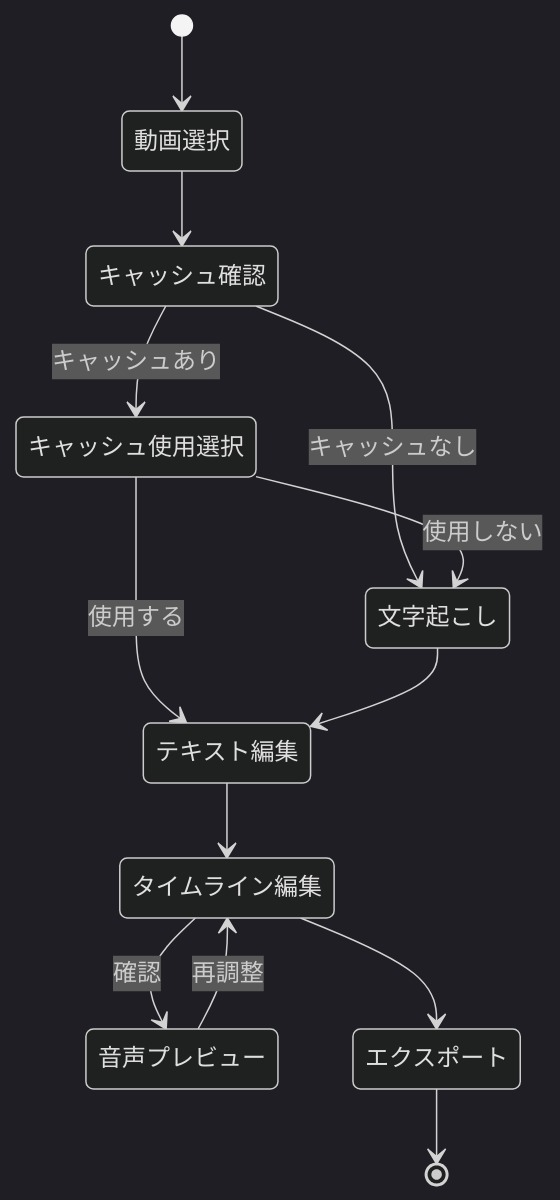
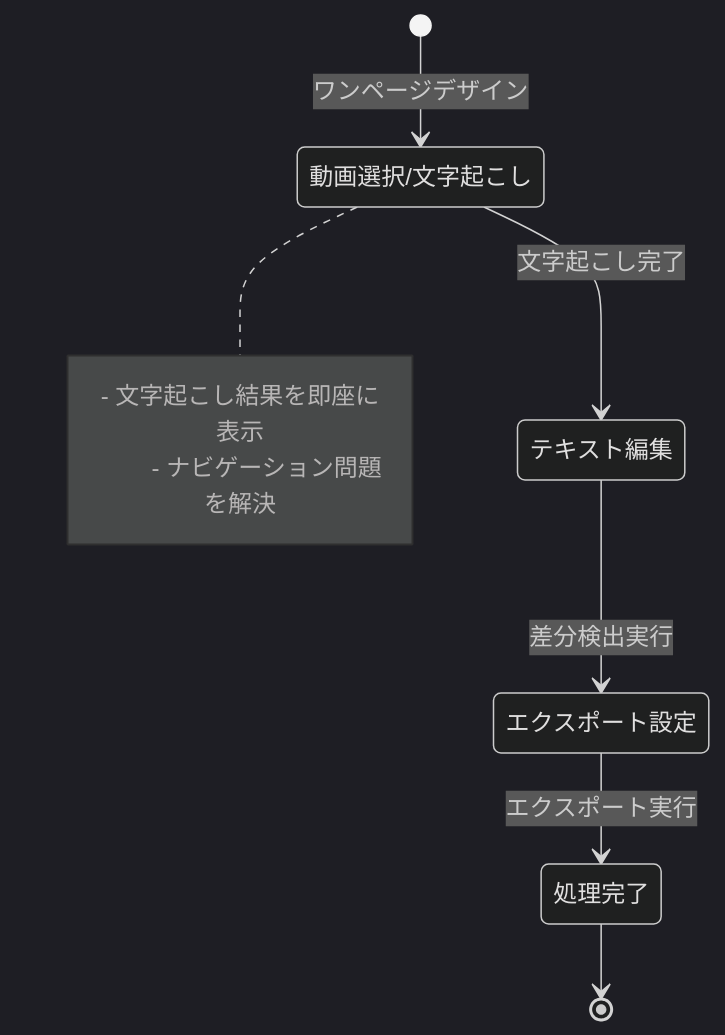
Before and after one commit to Coidemo/TextffCut: diagram 15 of 27 in docs/basic_design_specification_v2.md, drawn with Mermaid (dark theme). The commit also changed other lines of this file and 1 other file, not shown here.

````diff
--- a/docs/basic_design_specification_v2.md
+++ b/docs/basic_design_specification_v2.md
@@ -795,15 +598,13 @@
 ```mermaid
 stateDiagram-v2
-    [*] --> 動画選択
-    動画選択 --> キャッシュ確認
-    キャッシュ確認 --> キャッシュ使用選択: キャッシュあり
-    キャッシュ確認 --> 文字起こし: キャッシュなし
-    キャッシュ使用選択 --> テキスト編集: 使用する
-    キャッシュ使用選択 --> 文字起こし: 使用しない
-    文字起こし --> テキスト編集
-    テキスト編集 --> タイムライン編集
-    タイムライン編集 --> 音声プレビュー: 確認
-    音声プレビュー --> タイムライン編集: 再調整
-    タイムライン編集 --> エクスポート
-    エクスポート --> [*]
+    [*] --> 動画選択/文字起こし: ワンページデザイン
+    動画選択/文字起こし --> テキスト編集: 文字起こし完了
+    テキスト編集 --> エクスポート設定: 差分検出実行
+    エクスポート設定 --> 処理完了: エクスポート実行
+    処理完了 --> [*]
+    
+    note right of 動画選択/文字起こし
+        - 文字起こし結果を即座に表示
+        - ナビゲーション問題を解決
+    end note
 ```
````
